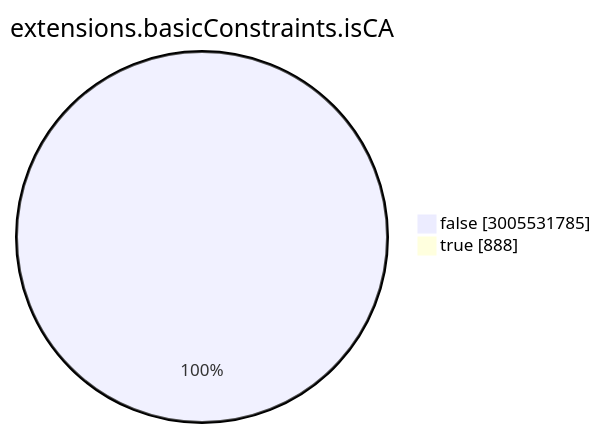
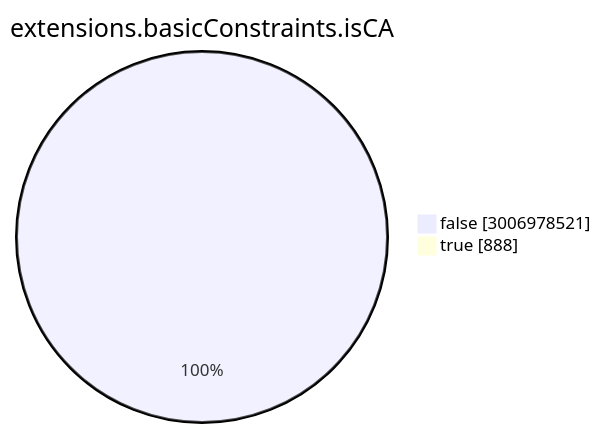
Before and after one commit to christiankrug/ctmonitor_visualization: the seventh of 15 diagrams in TOTAL/README.md, drawn with Mermaid. The commit also changed other lines of this file, not shown here.

````diff
--- a/TOTAL/README.md
+++ b/TOTAL/README.md
@@ -3080,6 +3080,6 @@
 ```mermaid
 pie showData
 title extensions.basicConstraints.isCA
-"false" :3005531785
+"false" :3006978521
 "true" :888
 ```
````
